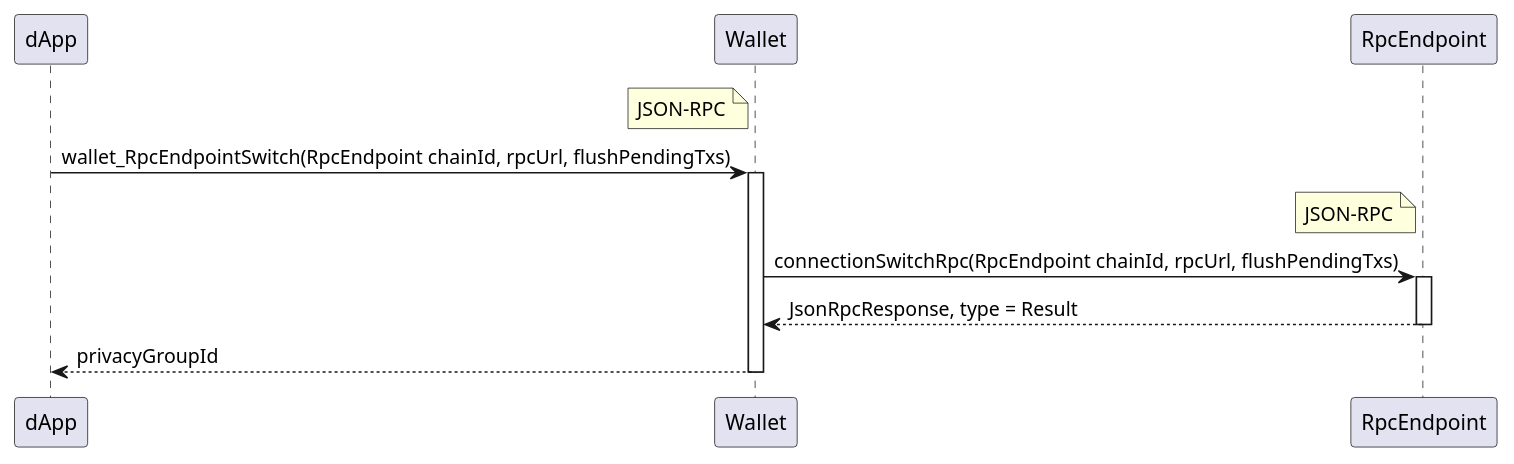
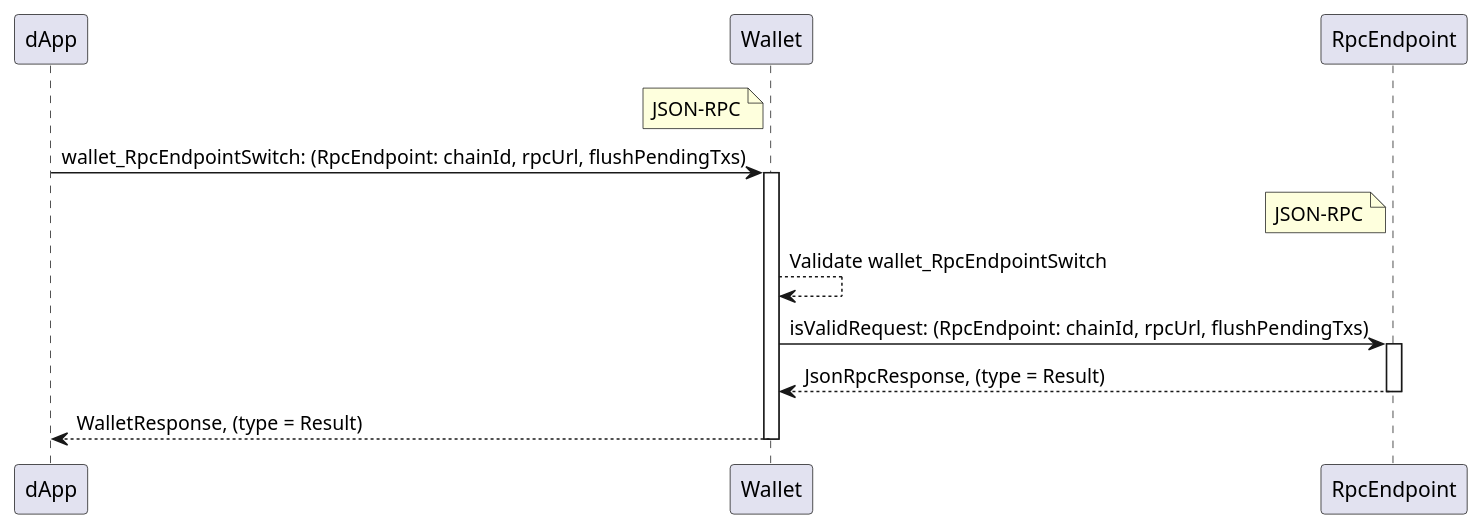
Before and after one commit to manifoldfinance/wallet_switchNetworkRpcProvider: the diagram in spec.puml, drawn with PlantUML.

```diff
--- a/spec.puml
+++ b/spec.puml
@@ -2,16 +2,18 @@
 @startuml
 participant dApp
 participant Wallet
 participant RpcEndpoint
 
 note left of Wallet: JSON-RPC
-dApp -> Wallet: wallet_RpcEndpointSwitch(RpcEndpoint chainId, rpcUrl, flushPendingTxs)
+dApp -> Wallet: wallet_RpcEndpointSwitch: (RpcEndpoint: chainId, rpcUrl, flushPendingTxs)
 activate Wallet
 note left of RpcEndpoint : JSON-RPC
-Wallet -> RpcEndpoint: connectionSwitchRpc(RpcEndpoint chainId, rpcUrl, flushPendingTxs)
+Wallet ---> Wallet: Validate wallet_RpcEndpointSwitch
+
+Wallet -> RpcEndpoint: isValidRequest: (RpcEndpoint: chainId, rpcUrl, flushPendingTxs)
 activate RpcEndpoint
-return JsonRpcResponse, type = Result
-return privacyGroupId
+return JsonRpcResponse, (type = Result)
+return WalletResponse, (type = Result)
 
 
 @enduml
```
